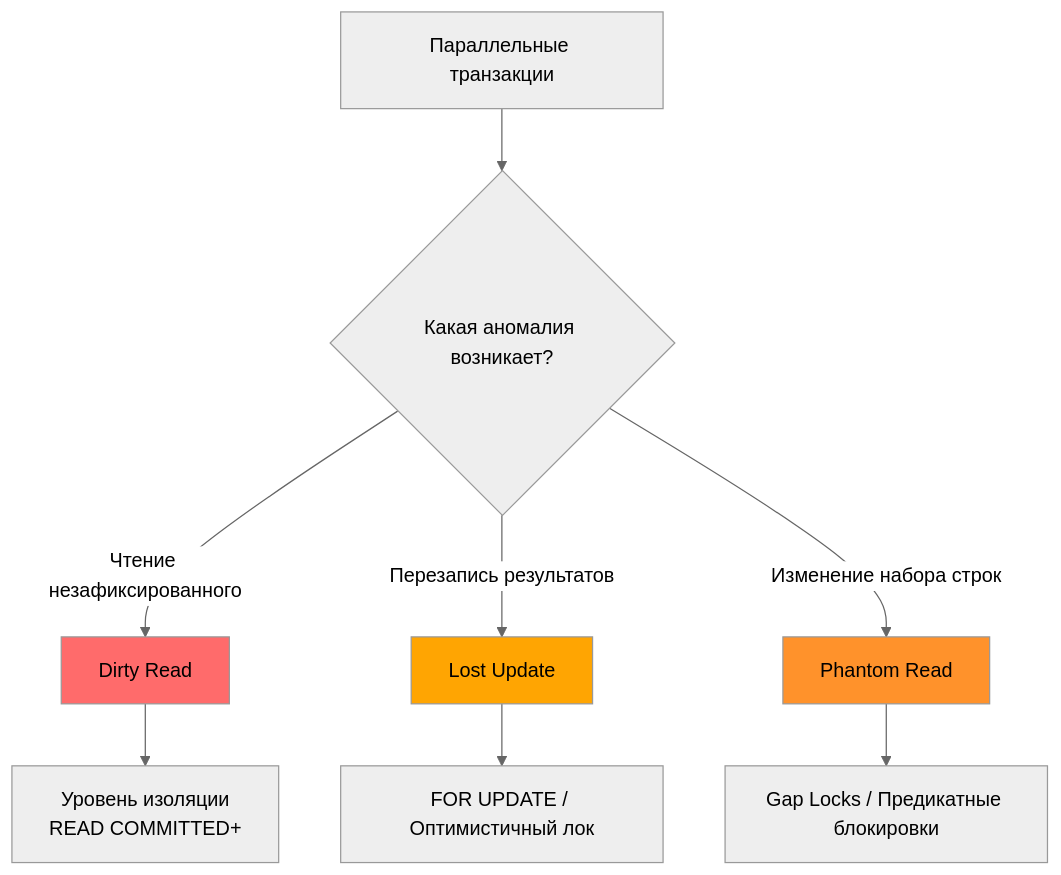
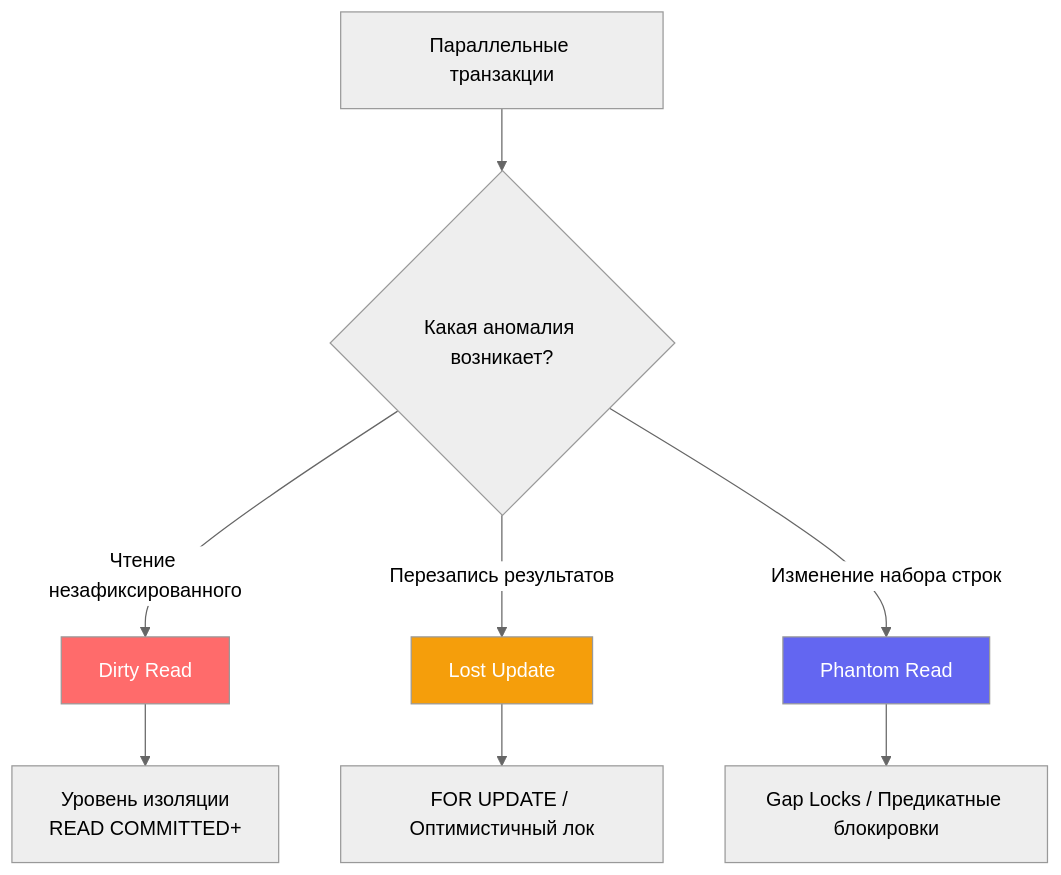
One commit to UnrealTemplier/go-textbook changed the diagram in sources/12. Базы данных/05. Транзакции и внутренности/4. Dirty Read, Phantom Read, Lost Update.md. Above: the diagram before and after it, drawn with Mermaid (neutral theme). The commit also changed other lines of this file, not shown here.

````diff
--- a/sources/12. Базы данных/05. Транзакции и внутренности/4. Dirty Read, Phantom Read, Lost Update.md
+++ b/sources/12. Базы данных/05. Транзакции и внутренности/4. Dirty Read, Phantom Read, Lost Update.md
@@ -7,15 +9,15 @@
 ```mermaid
 flowchart TD
     A["Параллельные транзакции"] --> B{"Какая аномалия возникает?"}
     B -->|Чтение незафиксированного| C["Dirty Read"]
     B -->|Перезапись результатов| D["Lost Update"]
     B -->|Изменение набора строк| E["Phantom Read"]
     
     C --> F["Уровень изоляции<br>READ COMMITTED+"]
     D --> G["FOR UPDATE / Оптимистичный лок"]
     E --> H["Gap Locks / Предикатные блокировки"]
     
-    style C fill:#ff6b6b
-    style D fill:#ffa502
-    style E fill:#ff922b
+    style C fill:#ff6b6b,color:#fff
+    style D fill:#f59e0b,color:#fff
+    style E fill:#6366f1,color:#fff
 ```
````
